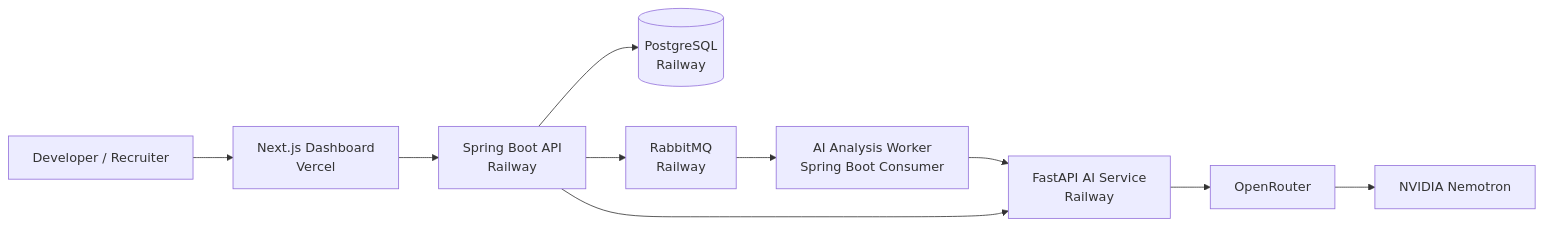
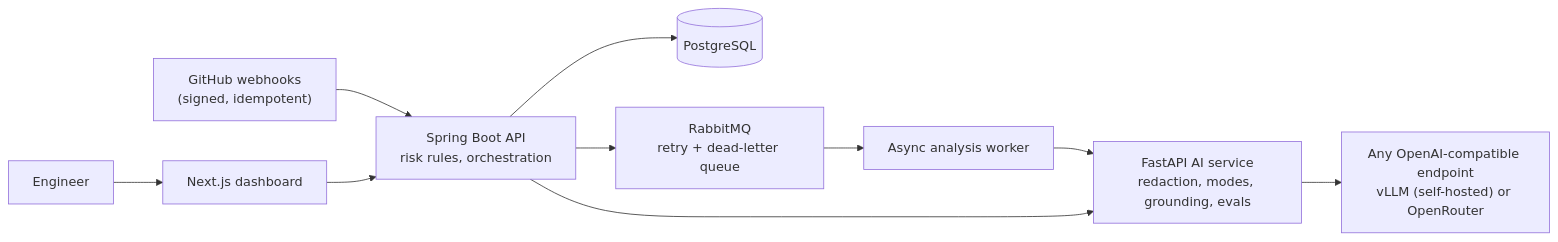
Before and after one commit to Yaswanth2120/deployguard-ai: the diagram in README.md, drawn with Mermaid. The commit also changed other lines of this file, not shown here.

First line of the commit message:
Rewrite README around the problem, measured results, and how the analysis works

````diff
--- a/README.md
+++ b/README.md
@@ -78,12 +107,12 @@
 ```mermaid
 flowchart LR
-    user["Developer / Recruiter"] --> frontend["Next.js Dashboard<br/>Vercel"]
-    frontend --> backend["Spring Boot API<br/>Railway"]
-    backend --> postgres[("PostgreSQL<br/>Railway")]
-    backend --> rabbit["RabbitMQ<br/>Railway"]
-    rabbit --> worker["AI Analysis Worker<br/>Spring Boot Consumer"]
-    worker --> ai["FastAPI AI Service<br/>Railway"]
+    gh["GitHub webhooks<br/>(signed, idempotent)"] --> backend
+    user["Engineer"] --> frontend["Next.js dashboard"]
+    frontend --> backend["Spring Boot API<br/>risk rules, orchestration"]
+    backend --> postgres[("PostgreSQL")]
+    backend --> rabbit["RabbitMQ<br/>retry + dead-letter queue"]
+    rabbit --> worker["Async analysis worker"]
+    worker --> ai["FastAPI AI service<br/>redaction, modes, grounding, evals"]
     backend --> ai
-    ai --> openrouter["OpenRouter"]
-    openrouter --> nemotron["NVIDIA Nemotron"]
+    ai --> llm["Any OpenAI-compatible endpoint<br/>vLLM (self-hosted) or OpenRouter"]
 ```
````
